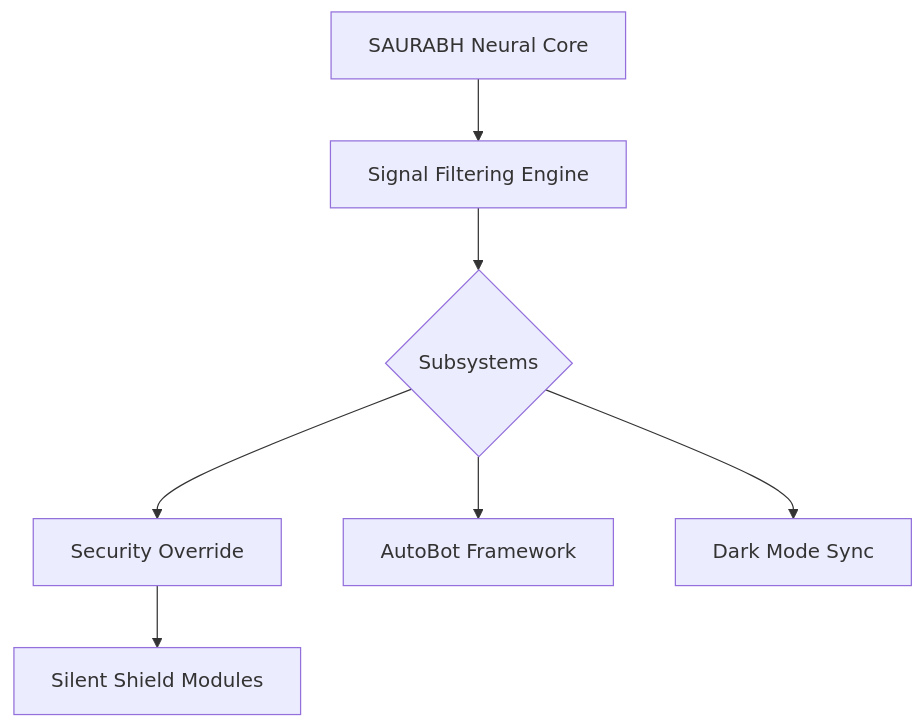
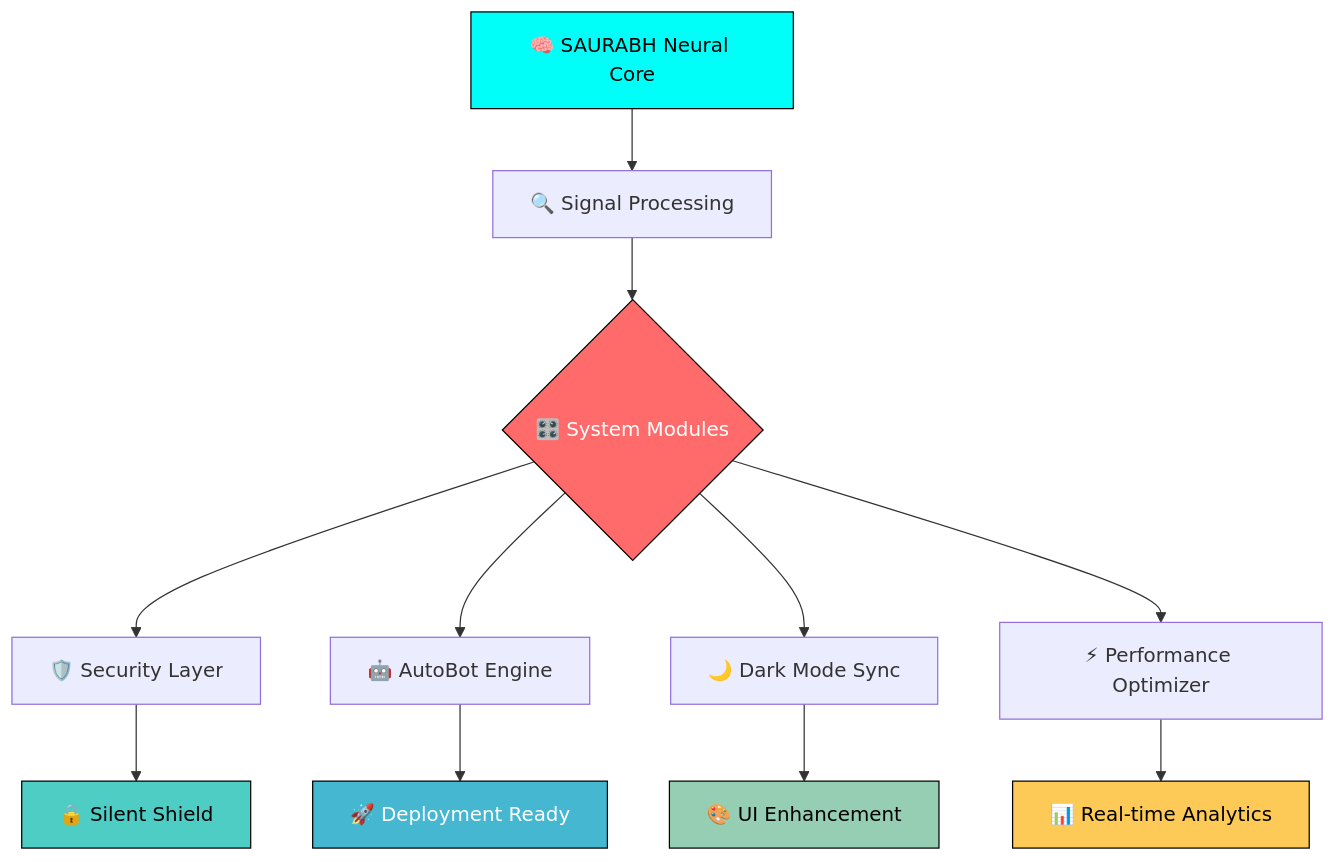
One commit to SAURABHKUMARCHAUHAN1203/SAURABHKUMARCHAUHAN1203 changed the diagram in README.md. Above: the diagram before and after it, drawn with Mermaid. The commit also changed other lines of this file, not shown here.

````diff
--- a/README.md
+++ b/README.md
@@ -34,9 +99,21 @@
 ```mermaid
 flowchart TD
-    A[SAURABH Neural Core] --> B[Signal Filtering Engine]
-    B --> C{Subsystems}
-    C --> D[Security Override]
-    C --> E[AutoBot Framework]
-    C --> F[Dark Mode Sync]
-    D --> G[Silent Shield Modules]
+    A[🧠 SAURABH Neural Core] --> B[🔍 Signal Processing]
+    B --> C{🎛️ System Modules}
+    C --> D[🛡️ Security Layer]
+    C --> E[🤖 AutoBot Engine]
+    C --> F[🌙 Dark Mode Sync]
+    C --> G[⚡ Performance Optimizer]
+    
+    D --> H[🔒 Silent Shield]
+    E --> I[🚀 Deployment Ready]
+    F --> J[🎨 UI Enhancement]
+    G --> K[📊 Real-time Analytics]
+    
+    style A fill:#00fff9,stroke:#000,color:#000
+    style C fill:#ff6b6b,stroke:#000,color:#fff
+    style H fill:#4ecdc4,stroke:#000,color:#000
+    style I fill:#45b7d1,stroke:#000,color:#fff
+    style J fill:#96ceb4,stroke:#000,color:#000
+    style K fill:#feca57,stroke:#000,color:#000
 ```
````
